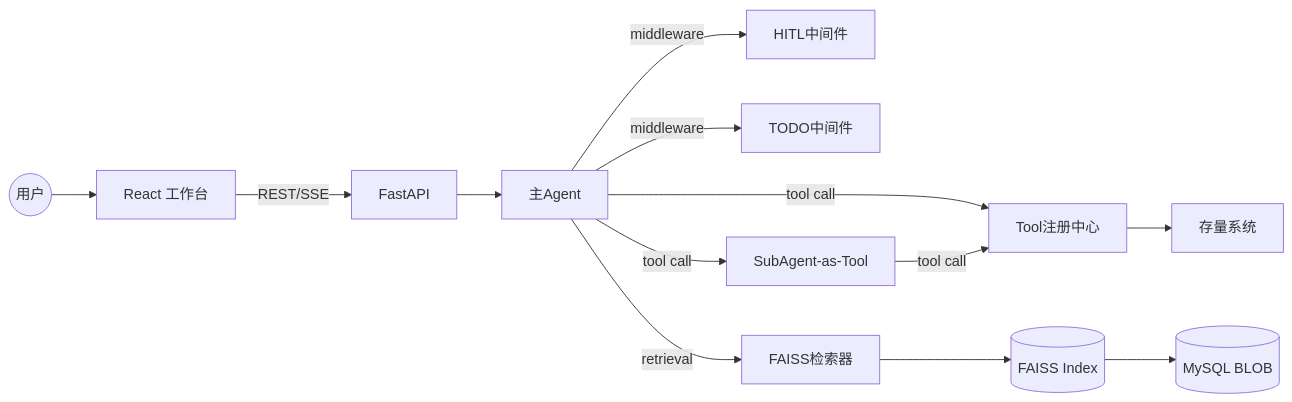
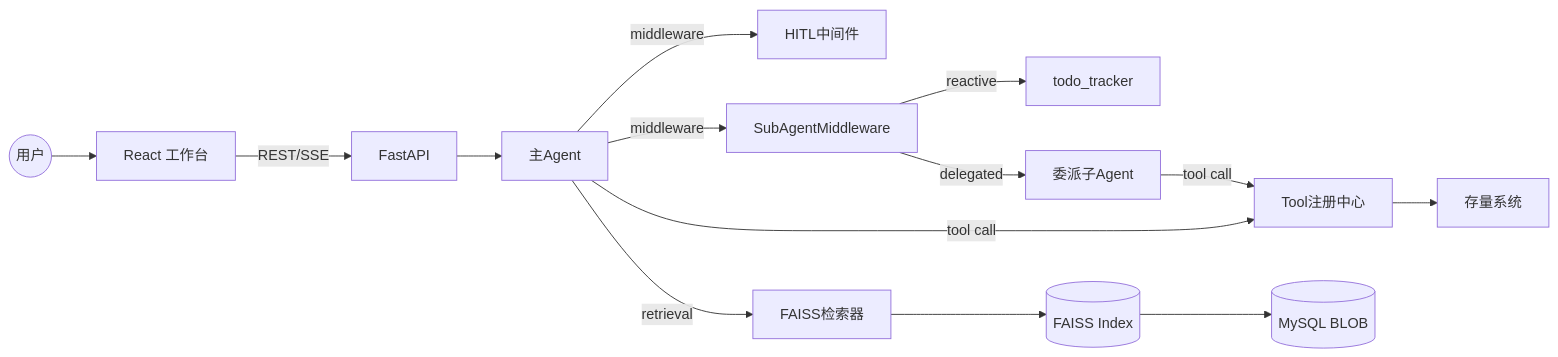
One commit to suriyel/WINSAgent changed the third of 16 diagrams in 技术设计文档.md. Above: the diagram before and after it, drawn with Mermaid. The commit also changed other lines of this file, not shown here.

````diff
--- a/技术设计文档.md
+++ b/技术设计文档.md
@@ -122,15 +122,16 @@
 ```mermaid
 graph LR
     User((用户)) --> Frontend[React 工作台]
     Frontend --> |REST/SSE| Backend[FastAPI]
     Backend --> MainAgent[主Agent]
     MainAgent --> |middleware| HITLMiddleware[HITL中间件]
-    MainAgent --> |middleware| TodoMiddleware[TODO中间件]
+    MainAgent --> |middleware| SubAgentMW[SubAgentMiddleware]
+    SubAgentMW --> |reactive| TodoTracker[todo_tracker]
+    SubAgentMW --> |delegated| SubAgent[委派子Agent]
     MainAgent --> |tool call| ToolRegistry[Tool注册中心]
-    MainAgent --> |tool call| SubAgent[SubAgent-as-Tool]
     MainAgent --> |retrieval| FAISSRetriever[FAISS检索器]
     SubAgent --> |tool call| ToolRegistry
     ToolRegistry --> LegacySystem[存量系统]
     FAISSRetriever --> VectorStore[(FAISS Index)]
     VectorStore --> MySQL[(MySQL BLOB)]
 ```
````
